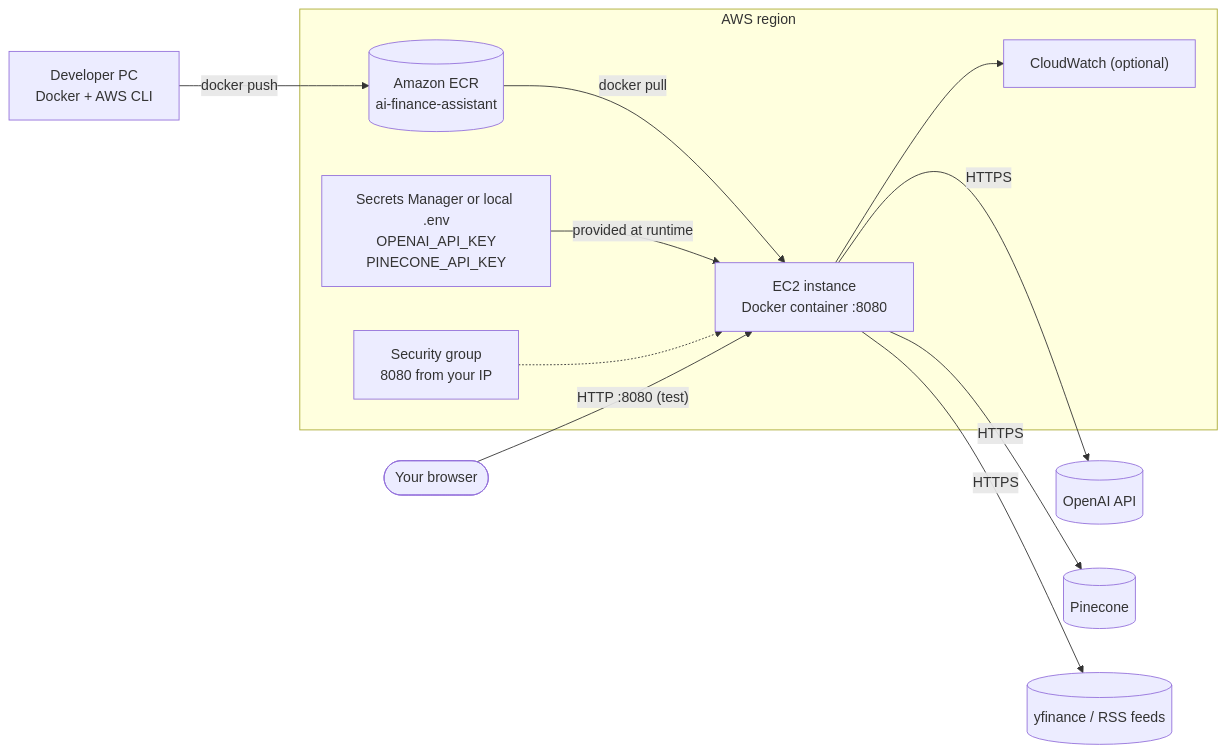
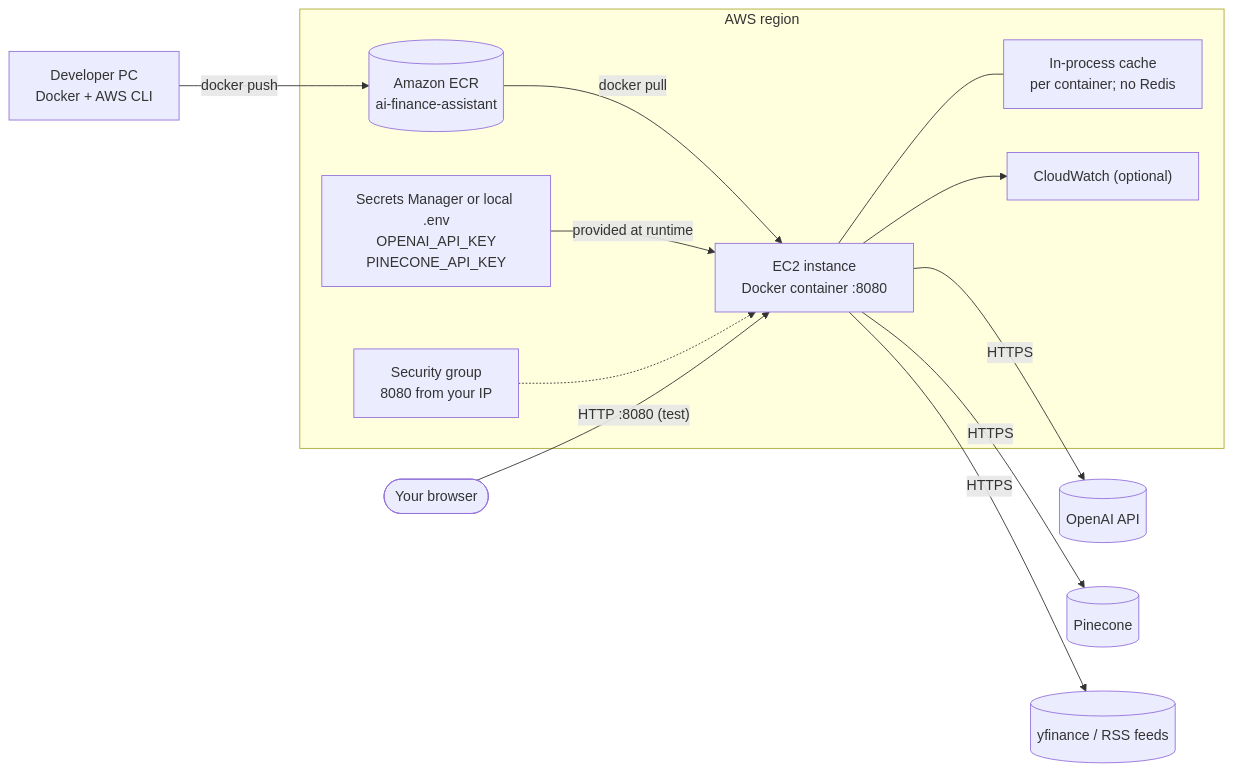
Before and after one commit to vxkudire/AI-Finance-Assistant: the second of 2 diagrams in README.md, drawn with Mermaid. The commit also changed other lines of this file and 9 other files, not shown here.

````diff
--- a/README.md
+++ b/README.md
@@ -39,14 +42,15 @@
 ```mermaid
 flowchart LR
     Dev["Developer PC<br/>Docker + AWS CLI"] -->|docker push| ECR[("Amazon ECR<br/>ai-finance-assistant")]
     subgraph AWS["AWS region"]
         ECR -->|docker pull| EC2["EC2 instance<br/>Docker container :8080"]
+        EC2 --- Cache["In-process cache<br/>per container; no Redis"]
         SM["Secrets Manager or local .env<br/>OPENAI_API_KEY<br/>PINECONE_API_KEY"] -->|"provided at runtime"| EC2
         EC2 --> CW["CloudWatch (optional)"]
         SG["Security group<br/>8080 from your IP"] -.-> EC2
     end
     Browser([Your browser]) -->|"HTTP :8080 (test)"| EC2
     EC2 -->|HTTPS| OpenAI[("OpenAI API")]
     EC2 -->|HTTPS| Pine[("Pinecone")]
     EC2 -->|HTTPS| Ext[("yfinance / RSS feeds")]
 ```
````
